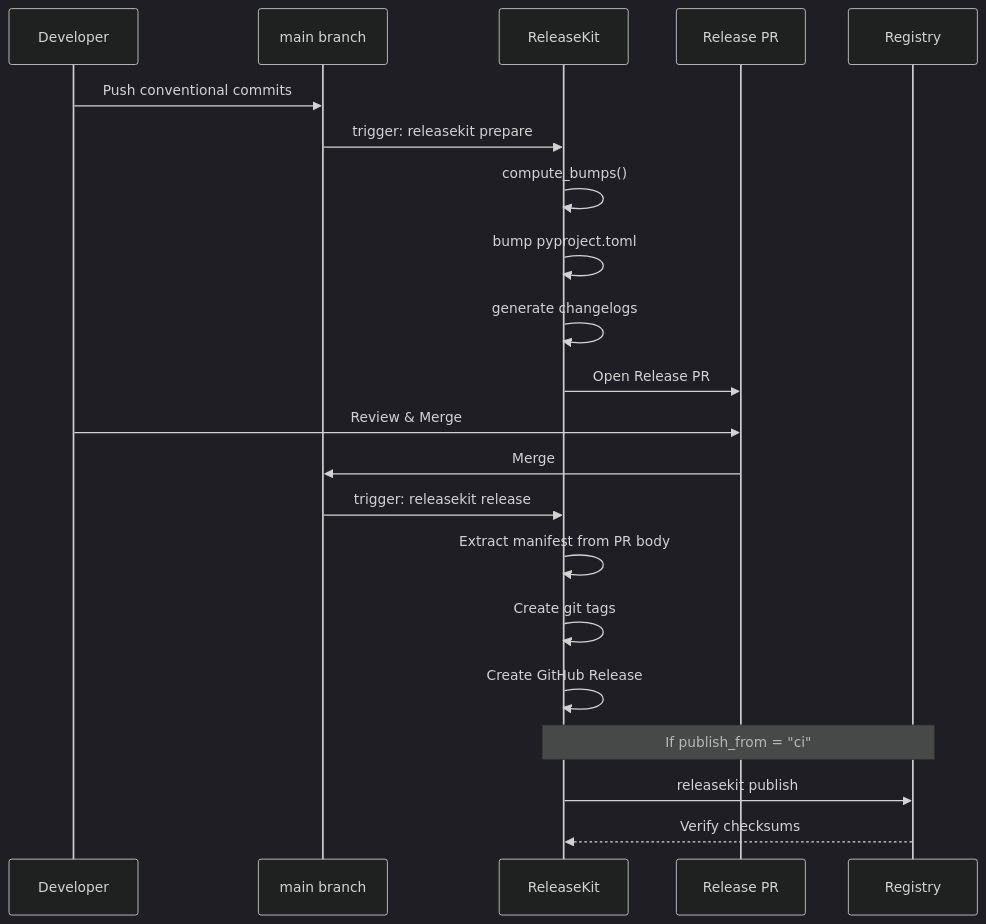
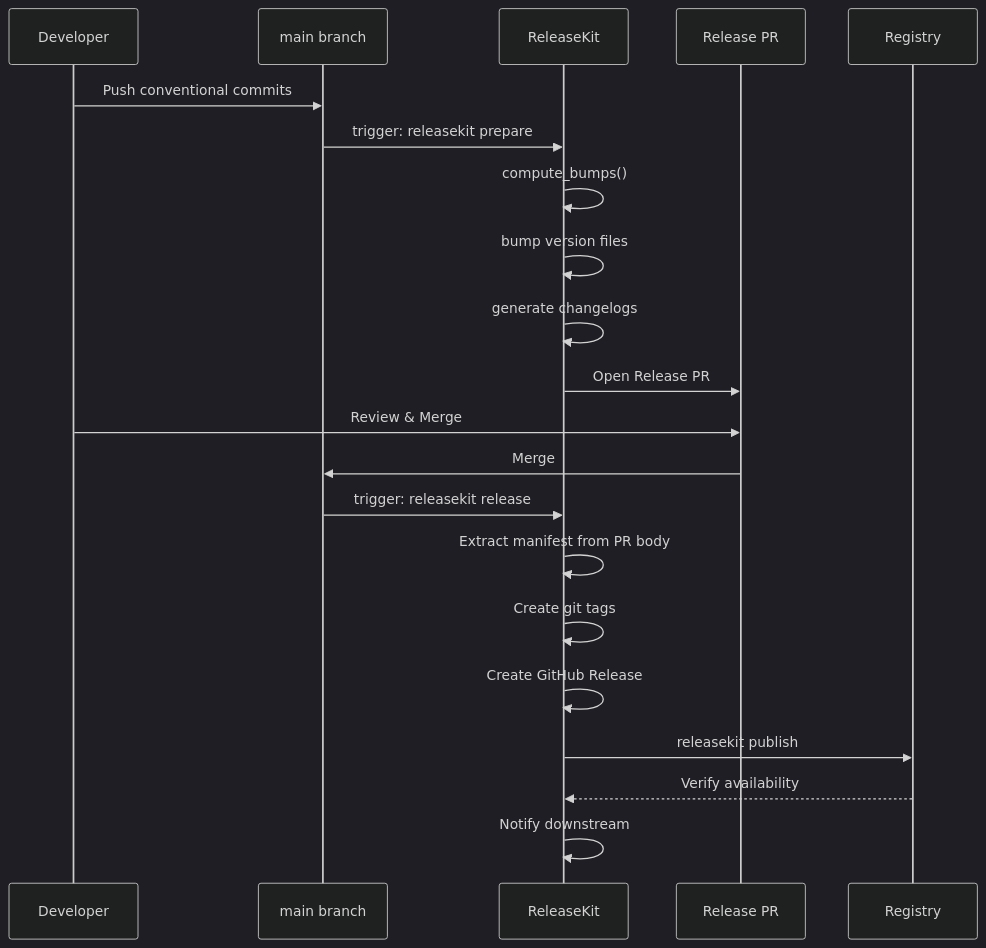
The diagram in tools/releasekit/docs/docs/guides/ci-cd.md (genkit-ai/genkit-python), drawn with Mermaid (dark theme) before and after one commit. The commit also changed other lines of this file and 14 other files, not shown here.

````diff
--- a/tools/releasekit/docs/docs/guides/ci-cd.md
+++ b/tools/releasekit/docs/docs/guides/ci-cd.md
@@ -13,27 +19,28 @@
 ```mermaid
 sequenceDiagram
     participant Dev as Developer
     participant Main as main branch
     participant RK as ReleaseKit
     participant PR as Release PR
-    participant PyPI as Registry
+    participant Reg as Registry
 
     Dev->>Main: Push conventional commits
     Main->>RK: trigger: releasekit prepare
     RK->>RK: compute_bumps()
-    RK->>RK: bump pyproject.toml
+    RK->>RK: bump version files
     RK->>RK: generate changelogs
     RK->>PR: Open Release PR
 
     Dev->>PR: Review & Merge
     PR->>Main: Merge
 
     Main->>RK: trigger: releasekit release
     RK->>RK: Extract manifest from PR body
     RK->>RK: Create git tags
     RK->>RK: Create GitHub Release
 
-    Note over RK,PyPI: If publish_from = "ci"
-    RK->>PyPI: releasekit publish
-    PyPI-->>RK: Verify checksums
+    RK->>Reg: releasekit publish
+    Reg-->>RK: Verify availability
+
+    RK->>RK: Notify downstream
 ```
````
